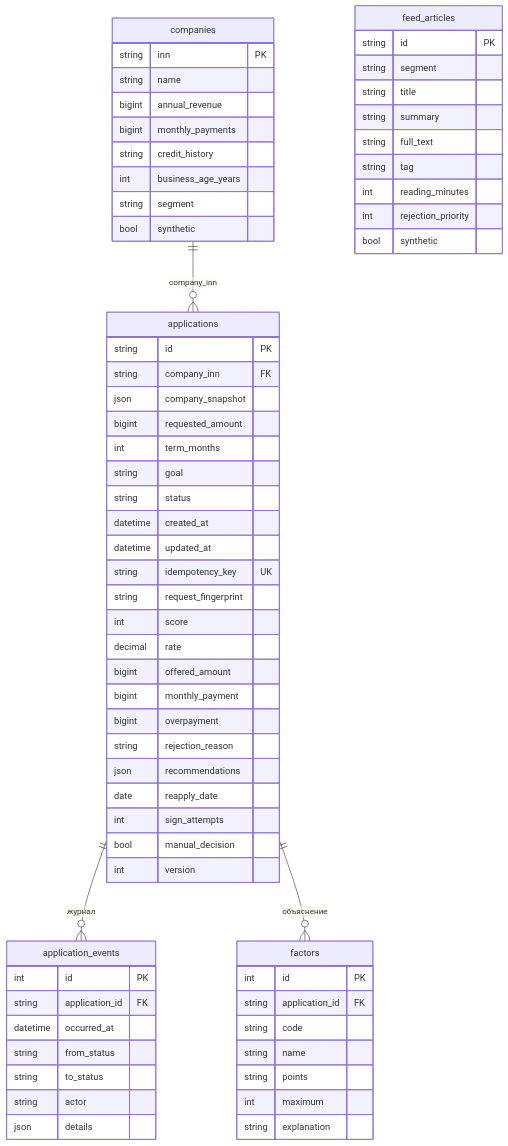
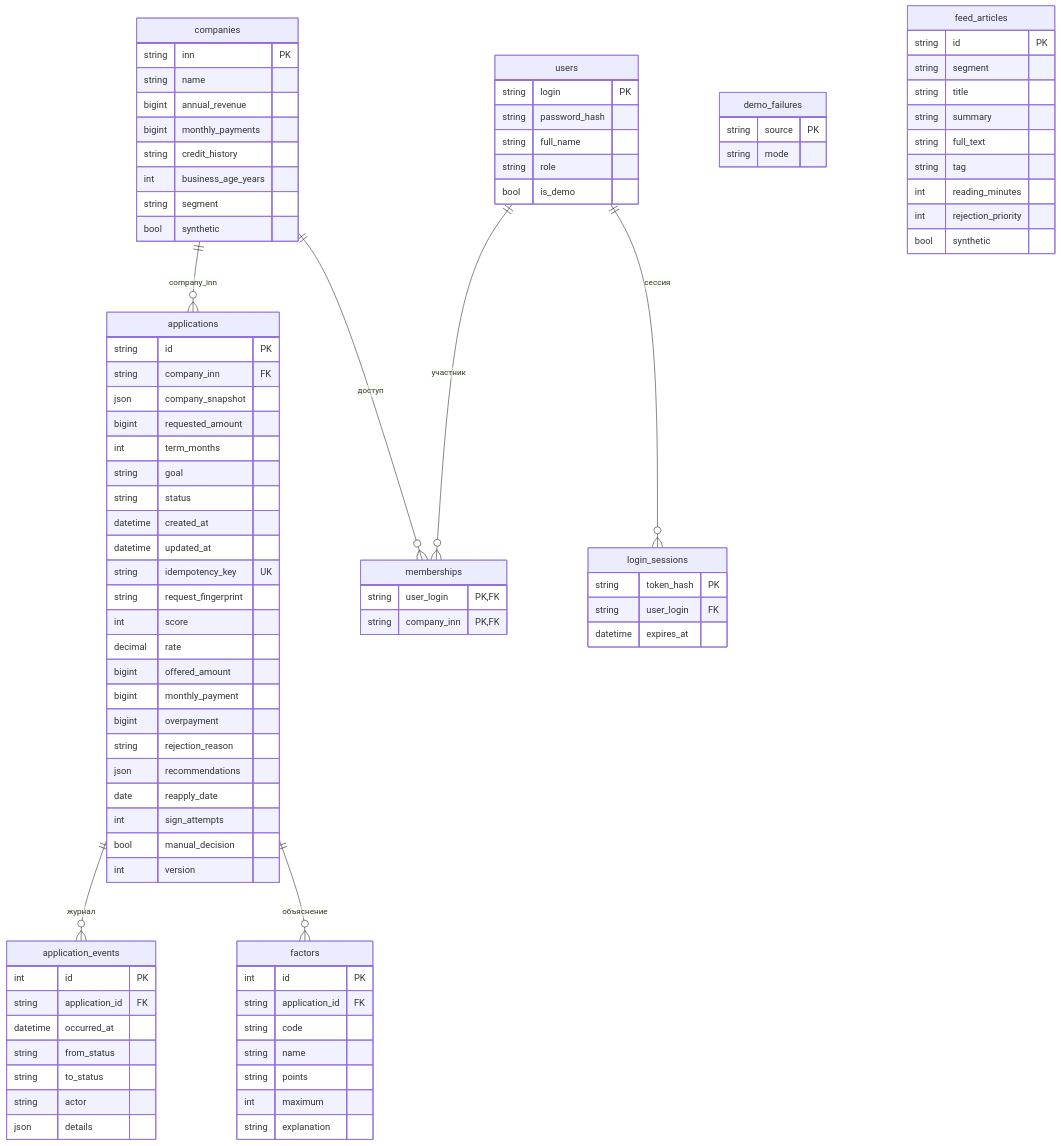
The diagram in docs/DATA_MODEL.md (arsapeworldwide/alpha-hack), drawn with Mermaid before and after one commit. The commit also changed 27 other files, not shown here.

```diff
--- a/docs/DATA_MODEL.md
+++ b/docs/DATA_MODEL.md
@@ -5,6 +5,29 @@
     companies ||--o{ applications : "company_inn"
     applications ||--o{ application_events : "журнал"
     applications ||--o{ factors : "объяснение"
+    users ||--o{ memberships : "участник"
+    companies ||--o{ memberships : "доступ"
+    users ||--o{ login_sessions : "сессия"
+    users {
+        string login PK
+        string password_hash
+        string full_name
+        string role
+        bool is_demo
+    }
+    memberships {
+        string user_login PK,FK
+        string company_inn PK,FK
+    }
+    login_sessions {
+        string token_hash PK
+        string user_login FK
+        datetime expires_at
+    }
+    demo_failures {
+        string source PK
+        string mode
+    }
     companies {
         string inn PK
         string name
```
